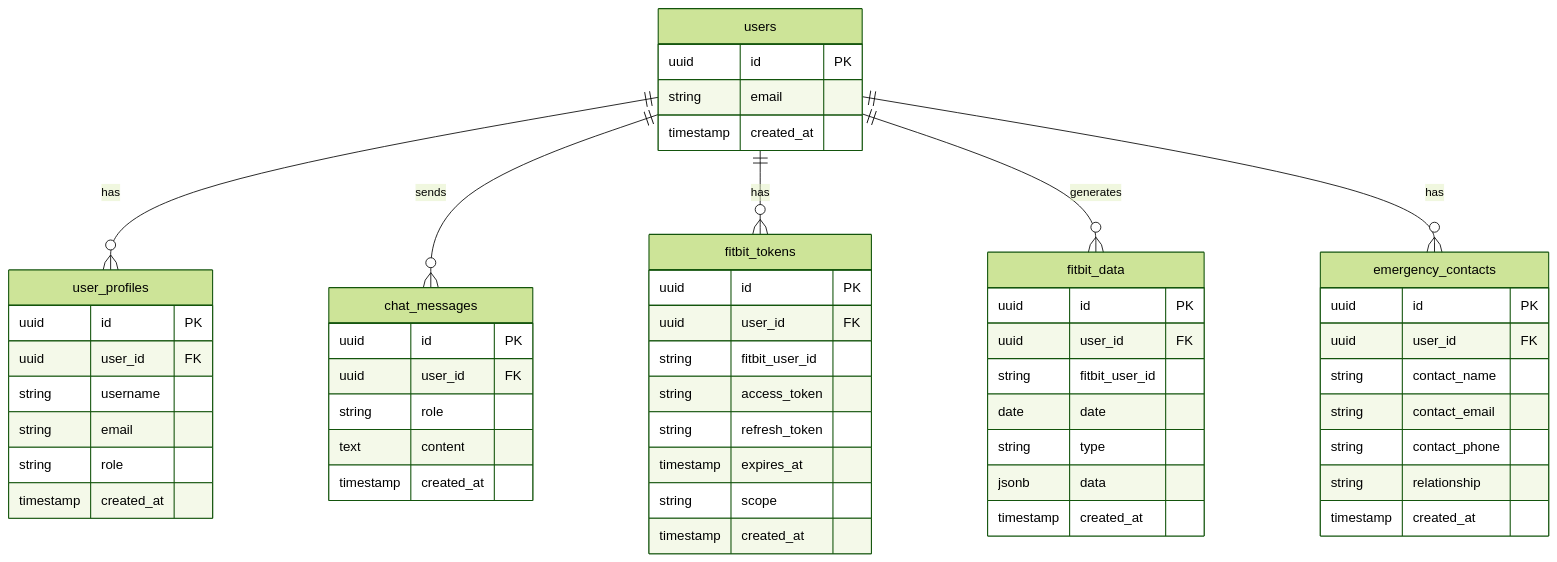
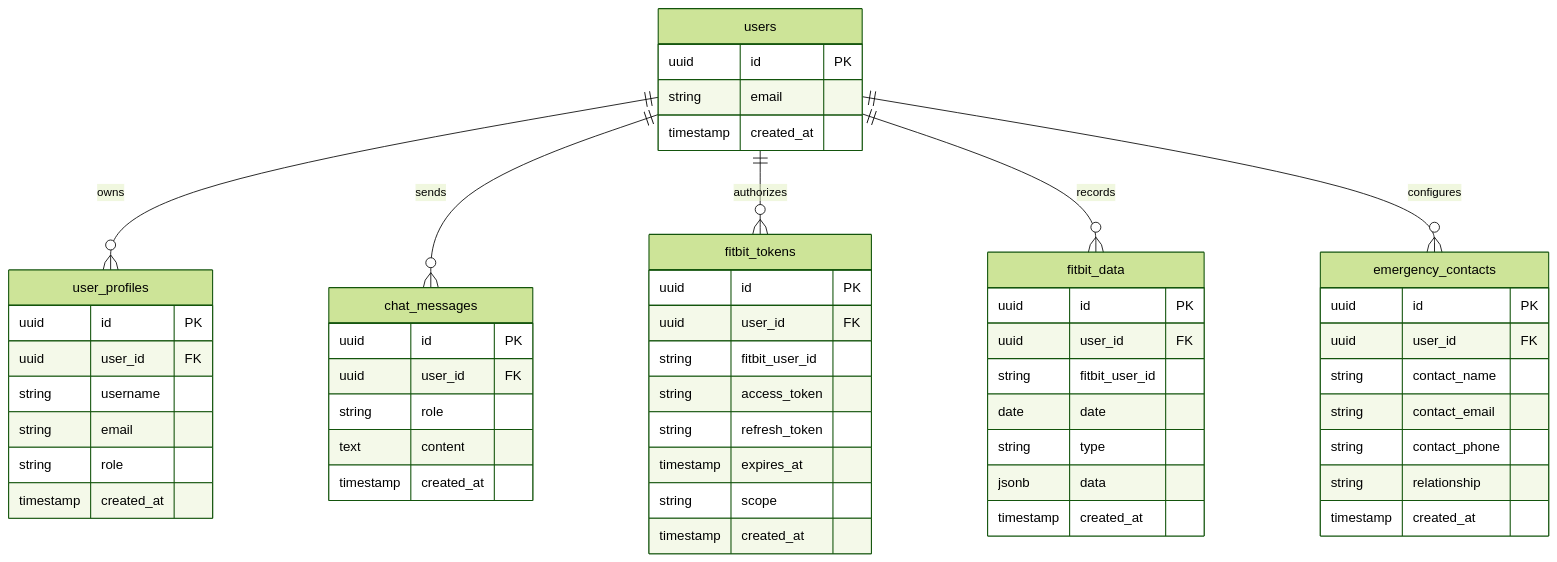
The eighth of 8 diagrams in DIAGRAMS.md (A5CENSION-SRT/Personalized-Mental-Wellness-Assistant), drawn with Mermaid (forest theme) before and after one commit. The commit also changed other lines of this file and 56 other files, not shown here.

````diff
--- a/DIAGRAMS.md
+++ b/DIAGRAMS.md
@@ -469,63 +330,62 @@
 ```mermaid
 erDiagram
-    users ||--o{ user_profiles : has
-    users ||--o{ chat_messages : sends
-    users ||--o{ fitbit_tokens : has
-    users ||--o{ fitbit_data : generates
-    
+    users ||--o{ user_profiles : "owns"
+    users ||--o{ chat_messages : "sends"
+    users ||--o{ fitbit_tokens : "authorizes"
+    users ||--o{ fitbit_data : "records"
+    users ||--o{ emergency_contacts : "configures"
+
     users {
         uuid id PK
         string email
         timestamp created_at
     }
-    
+
     user_profiles {
         uuid id PK
         uuid user_id FK
         string username
         string email
         string role
         timestamp created_at
     }
-    
+
     chat_messages {
         uuid id PK
         uuid user_id FK
         string role
         text content
         timestamp created_at
     }
-    
+
     fitbit_tokens {
         uuid id PK
         uuid user_id FK
         string fitbit_user_id
         string access_token
         string refresh_token
         timestamp expires_at
         string scope
         timestamp created_at
     }
-    
+
     fitbit_data {
         uuid id PK
         uuid user_id FK
         string fitbit_user_id
         date date
         string type
         jsonb data
         timestamp created_at
     }
-    
+
     emergency_contacts {
         uuid id PK
         uuid user_id FK
         string contact_name
         string contact_email
         string contact_phone
         string relationship
         timestamp created_at
     }
-    
-    users ||--o{ emergency_contacts : has
 ```
````
